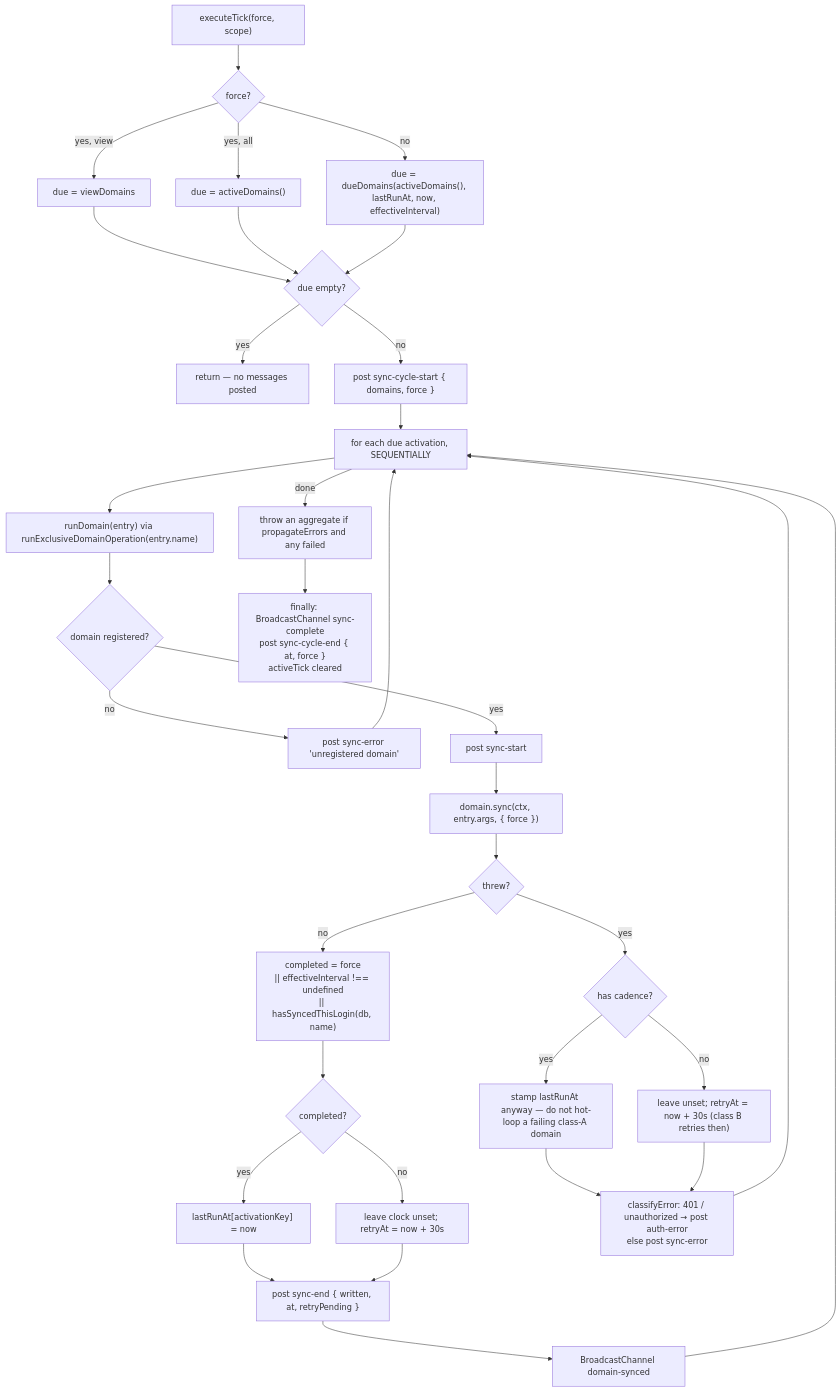
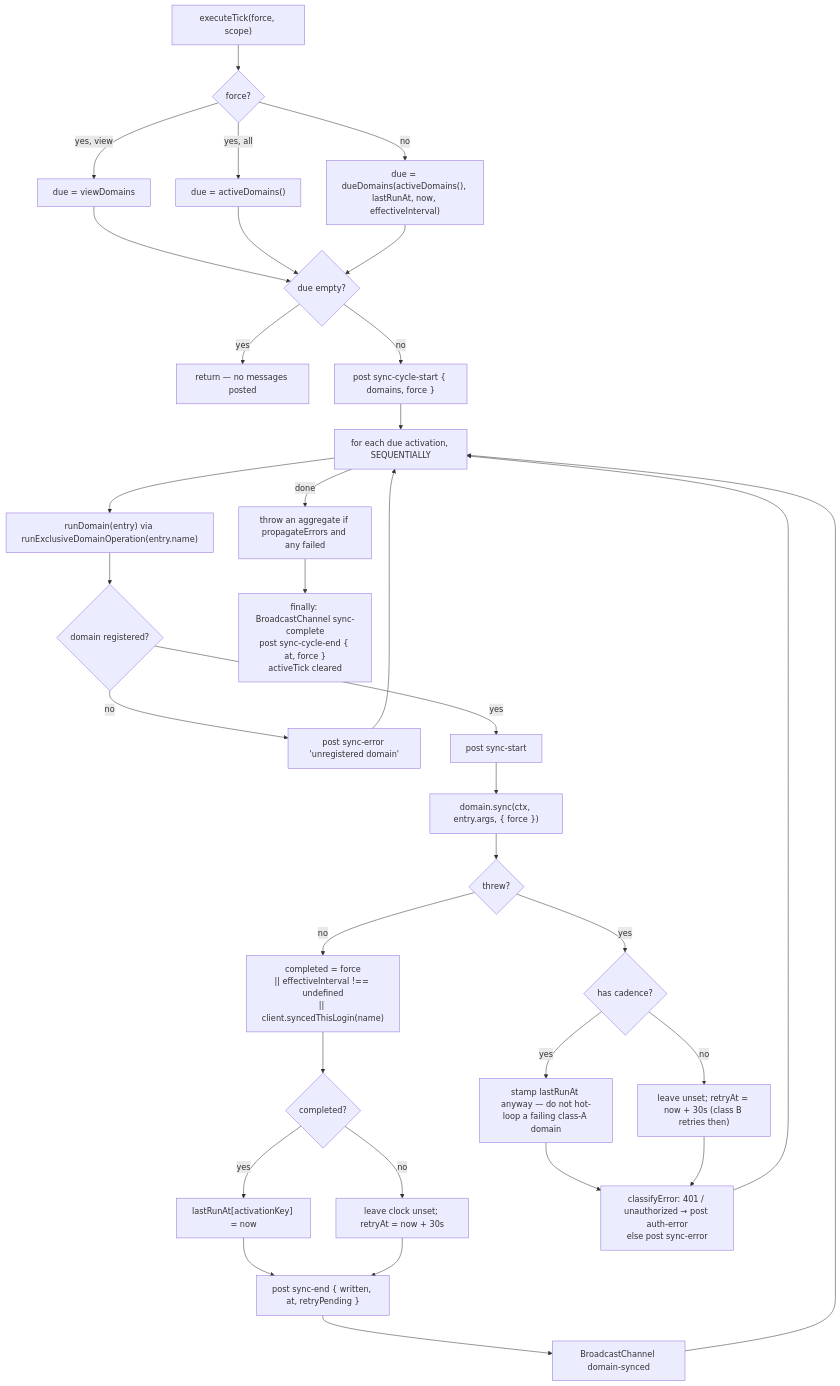
One commit to hotwax/accxui changed diagram 12 of 31 in docs/APP_DB_SYNC_FLOWS.md. Above: the diagram before and after it, drawn with Mermaid. The commit also changed other lines of this file and 31 other files, not shown here.

Commit message:
Improved: Made dbClient the single access layer to the app database, with schema-level table names and a build-time data-access lint gate.

````diff
--- a/docs/APP_DB_SYNC_FLOWS.md
+++ b/docs/APP_DB_SYNC_FLOWS.md
@@ -434,36 +435,36 @@
 ```mermaid
 flowchart TD
     E["executeTick(force, scope)"] --> DUE{"force?"}
     DUE -- "yes, view" --> V["due = viewDomains"]
     DUE -- "yes, all" --> A["due = activeDomains()"]
     DUE -- no --> CALC["due = dueDomains(activeDomains(), lastRunAt, now, effectiveInterval)"]
     V --> EMPTY
     A --> EMPTY
     CALC --> EMPTY{"due empty?"}
     EMPTY -- yes --> X["return — no messages posted"]
     EMPTY -- no --> CS["post sync-cycle-start { domains, force }"]
     CS --> LOOP["for each due activation, SEQUENTIALLY"]
     LOOP --> RD["runDomain(entry) via runExclusiveDomainOperation(entry.name)"]
     RD --> REG{"domain registered?"}
     REG -- no --> UR["post sync-error 'unregistered domain'"]
     REG -- yes --> POST1["post sync-start"]
     POST1 --> CALL["domain.sync(ctx, entry.args, { force })"]
     CALL --> OK{"threw?"}
-    OK -- no --> COMP["completed = force<br/>|| effectiveInterval !== undefined<br/>|| hasSyncedThisLogin(db, name)"]
+    OK -- no --> COMP["completed = force<br/>|| effectiveInterval !== undefined<br/>|| client.syncedThisLogin(name)"]
     COMP --> STAMP{"completed?"}
     STAMP -- yes --> S1["lastRunAt[activationKey] = now"]
     STAMP -- no --> S2["leave clock unset; retryAt = now + 30s"]
     S1 --> POST2["post sync-end { written, at, retryPending }"]
     S2 --> POST2
     POST2 --> BC["BroadcastChannel domain-synced"]
     OK -- yes --> ERRS{"has cadence?"}
     ERRS -- yes --> S3["stamp lastRunAt anyway — do not hot-loop a failing class-A domain"]
     ERRS -- no --> S4["leave unset; retryAt = now + 30s (class B retries then)"]
     S3 --> CLS["classifyError: 401 / unauthorized → post auth-error<br/>else post sync-error"]
     S4 --> CLS
     CLS --> LOOP
     UR --> LOOP
     BC --> LOOP
     LOOP -- done --> AGG["throw an aggregate if propagateErrors and any failed"]
     AGG --> FIN["finally: BroadcastChannel sync-complete<br/>post sync-cycle-end { at, force }<br/>activeTick cleared"]
 ```
````
